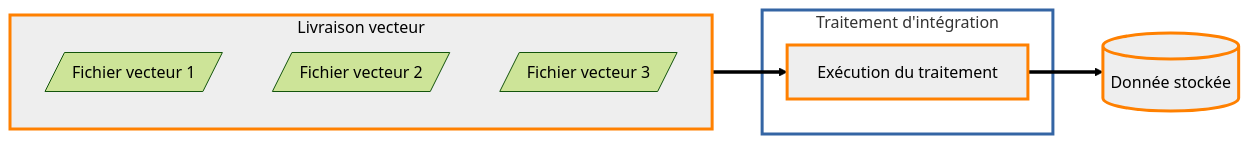
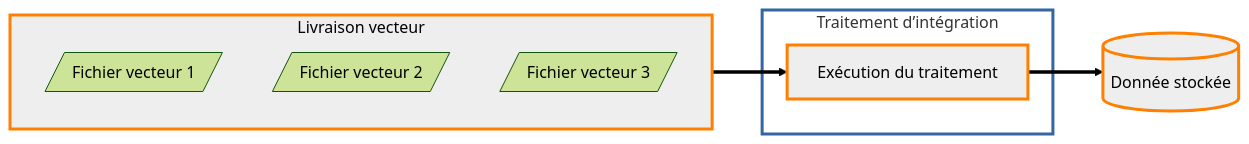
One commit to IGNF/cartes.gouv.fr-documentation changed the diagram in content/fr/guides-developpeur/tutoriels/gestion-des-donnees-vecteurs/alimentation-diffusion-vecteur/integration.md. Above: the diagram before and after it, drawn with Mermaid (forest theme). The commit also changed other lines of this file and 14 other files, not shown here.

````diff
--- a/content/fr/guides-developpeur/tutoriels/gestion-des-donnees-vecteurs/alimentation-diffusion-vecteur/integration.md
+++ b/content/fr/guides-developpeur/tutoriels/gestion-des-donnees-vecteurs/alimentation-diffusion-vecteur/integration.md
@@ -18,23 +19,23 @@
 ```mermaid
 flowchart LR
     ds[(Donnée stockée)]
 
     subgraph liv[Livraison vecteur]
         direction TB
         fic1[/Fichier vecteur 1/]
         fic2[/Fichier vecteur 2/]
         fic3[/Fichier vecteur 3/]
     end
 
-    subgraph tra[Traitement d'intégration]
+    subgraph tra[Traitement d’intégration]
         exe[Exécution du traitement]
     end
 
     liv ==> exe ==> ds
 
     classDef indiv fill:#eee,stroke:#ff8000,stroke-width:3px,color:#000;
     classDef global fill:#fff,stroke:#3465a4,stroke-width:3px;
 
     class liv,exe,ds indiv
     class tra global
 ```
````
